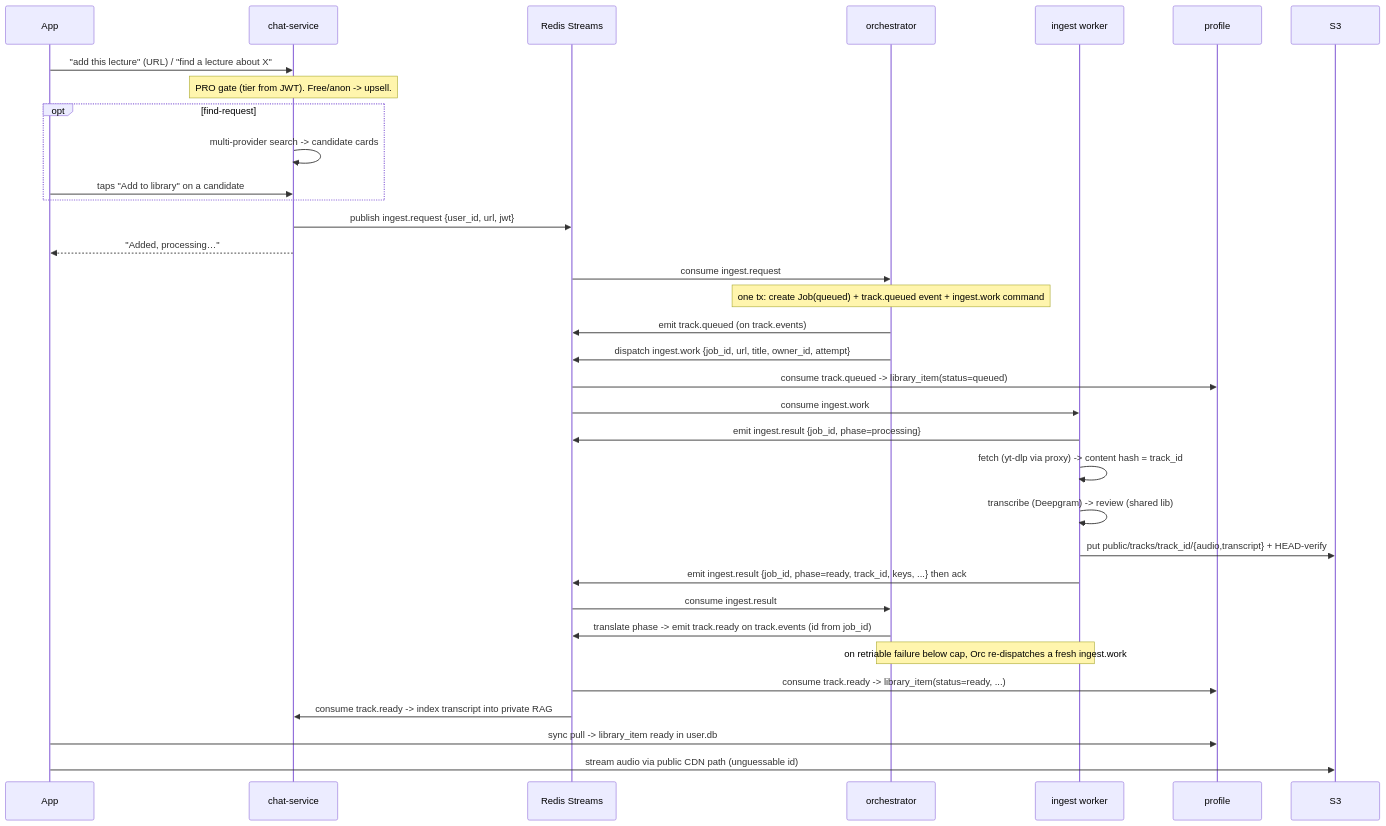
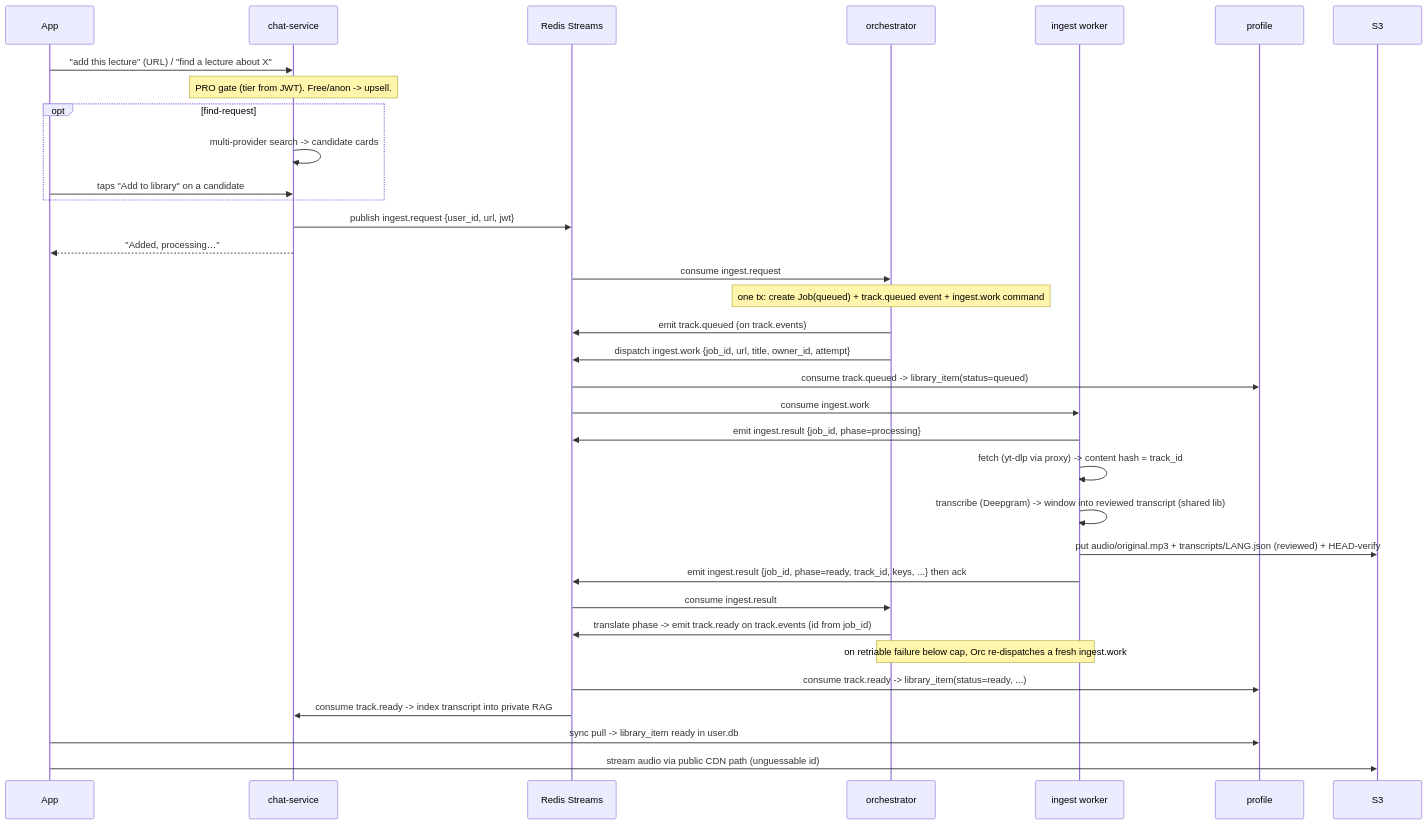
One commit to jiva-studio/shruti changed the second of 3 diagrams in docs/repos/shruti/architecture/personal-library.md. Above: the diagram before and after it, drawn with Mermaid. The commit also changed other lines of this file, not shown here.

````diff
--- a/docs/repos/shruti/architecture/personal-library.md
+++ b/docs/repos/shruti/architecture/personal-library.md
@@ -67,37 +67,37 @@
 ```mermaid
 sequenceDiagram
     participant App
     participant Chat as chat-service
     participant EV as Redis Streams
     participant Orc as orchestrator
     participant Ing as ingest worker
     participant Prof as profile
     participant S3
 
     App->>Chat: "add this lecture" (URL) / "find a lecture about X"
     Note over Chat: PRO gate (tier from JWT). Free/anon -> upsell.
     opt find-request
         Chat->>Chat: multi-provider search -> candidate cards
         App->>Chat: taps "Add to library" on a candidate
     end
     Chat->>EV: publish ingest.request {user_id, url, jwt}
     Chat-->>App: "Added, processing…"
     EV->>Orc: consume ingest.request
     Note over Orc: one tx: create Job(queued) + track.queued event + ingest.work command
     Orc->>EV: emit track.queued (on track.events)
     Orc->>EV: dispatch ingest.work {job_id, url, title, owner_id, attempt}
     EV->>Prof: consume track.queued -> library_item(status=queued)
     EV->>Ing: consume ingest.work
     Ing->>EV: emit ingest.result {job_id, phase=processing}
     Ing->>Ing: fetch (yt-dlp via proxy) -> content hash = track_id
-    Ing->>Ing: transcribe (Deepgram) -> review (shared lib)
-    Ing->>S3: put public/tracks/track_id/{audio,transcript} + HEAD-verify
+    Ing->>Ing: transcribe (Deepgram) -> window into reviewed transcript (shared lib)
+    Ing->>S3: put audio/original.mp3 + transcripts/LANG.json (reviewed) + HEAD-verify
     Ing->>EV: emit ingest.result {job_id, phase=ready, track_id, keys, ...} then ack
     EV->>Orc: consume ingest.result
     Orc->>EV: translate phase -> emit track.ready on track.events (id from job_id)
     Note over Orc,Ing: on retriable failure below cap, Orc re-dispatches a fresh ingest.work
     EV->>Prof: consume track.ready -> library_item(status=ready, ...)
     EV->>Chat: consume track.ready -> index transcript into private RAG
     App->>Prof: sync pull -> library_item ready in user.db
     App->>S3: stream audio via public CDN path (unguessable id)
 ```
````
